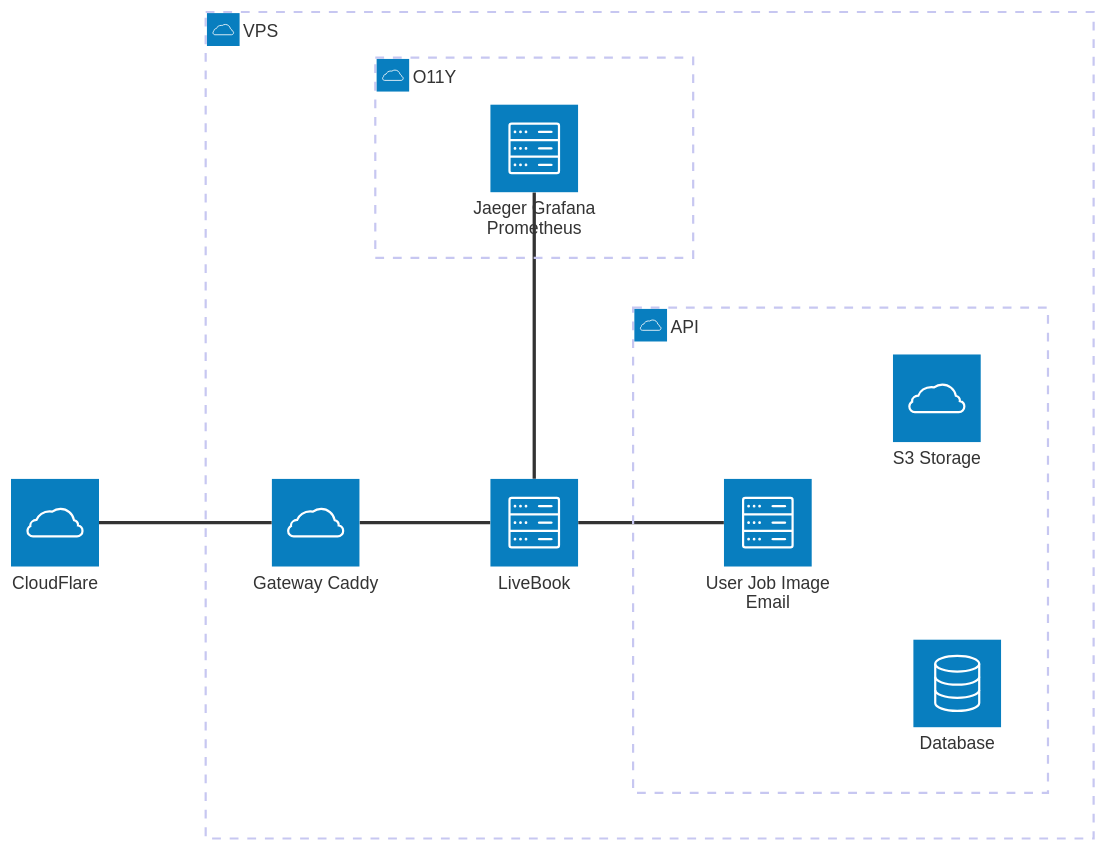
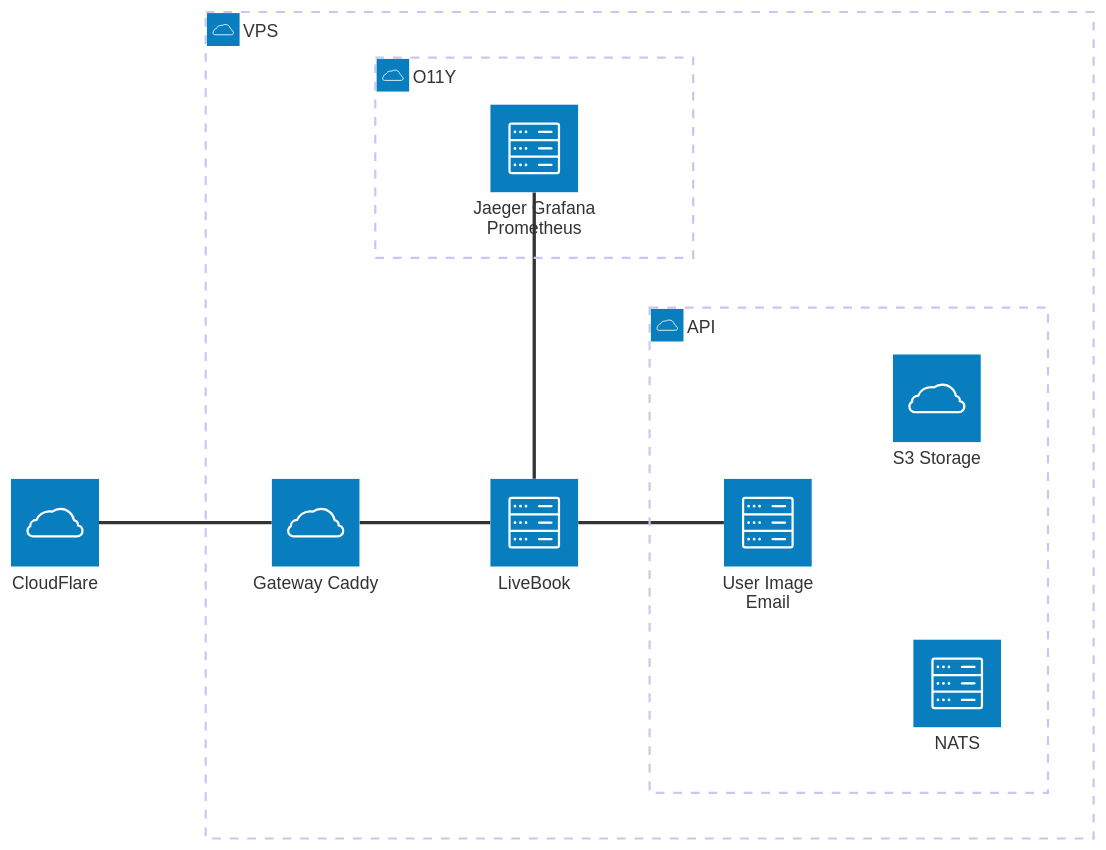
The tenth of 10 diagrams in README.md (dwyl/learn-elixir-microservices-with-natsio-and-opentelemetry), drawn with Mermaid before and after one commit. The commit also changed other lines of this file and 90 other files, not shown here.

````diff
--- a/README.md
+++ b/README.md
@@ -1261,18 +1281,18 @@
 ```mermaid
 architecture-beta
     service cf(cloud)[CloudFlare]
     group vps(cloud)[VPS]
     group o11y(cloud)[O11Y] in vps
     service gate(cloud)[Gateway Caddy] in vps
     service lvb(server)[LiveBook] in vps
     group api(cloud)[API] in vps
-    service services(server)[User Job Image Email] in api
-    service db(database)[Database] in api
+    service services(server)[User Image Email] in api
+    service nats(server)[NATS] in api
     service miniio(cloud)[S3 Storage] in api
     service j(server)[Jaeger Grafana Prometheus] in o11y
 
     cf:R -- L:gate
     gate:R -- L:lvb
     lvb:R -- L:services
     lvb:T -- B:j
   ```
````
